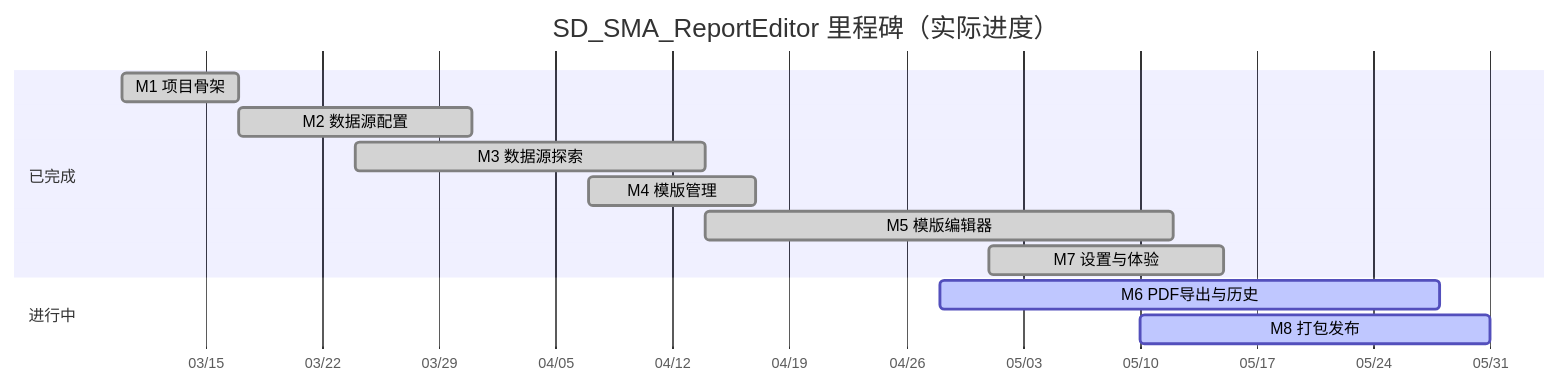
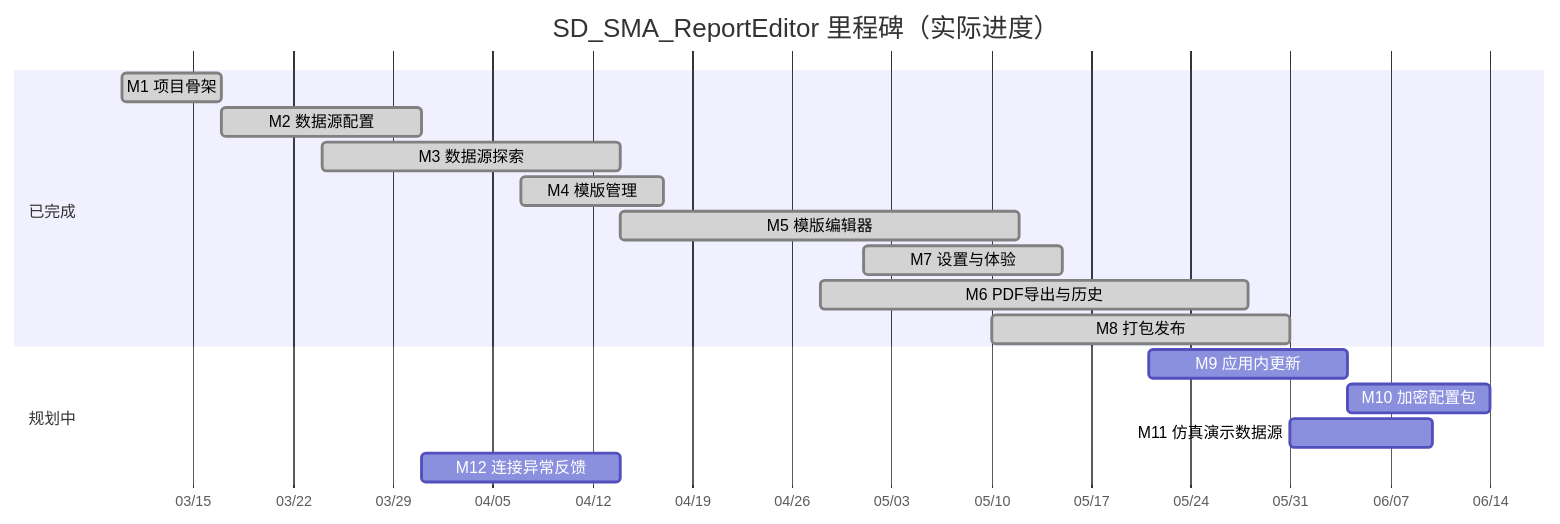
One commit to cwjwudi/sma_data_collector changed the first of 2 diagrams in _Prj/SD_SMA_ReportEditor/_Doc/002_里程碑与工单.md. Above: the diagram before and after it, drawn with Mermaid. The commit also changed other lines of this file and 4 other files, not shown here.

````diff
--- a/_Prj/SD_SMA_ReportEditor/_Doc/002_里程碑与工单.md
+++ b/_Prj/SD_SMA_ReportEditor/_Doc/002_里程碑与工单.md
@@ -28,18 +32,24 @@
 ```mermaid
 gantt
     title SD_SMA_ReportEditor 里程碑（实际进度）
     dateFormat YYYY-MM-DD
     axisFormat %m/%d
 
     section 已完成
     M1 项目骨架           :done, m1, 2026-03-10, 7d
     M2 数据源配置         :done, m2, 2026-03-17, 14d
     M3 数据源探索         :done, m3, 2026-03-24, 21d
     M4 模版管理           :done, m4, 2026-04-07, 10d
     M5 模版编辑器         :done, m5, 2026-04-14, 28d
     M7 设置与体验         :done, m7, 2026-05-01, 14d
 
-    section 进行中
-    M6 PDF导出与历史      :active, m6, 2026-04-28, 30d
-    M8 打包发布           :active, m8, 2026-05-10, 21d
+    section 已完成
+    M6 PDF导出与历史      :done, m6, 2026-04-28, 30d
+    M8 打包发布           :done, m8, 2026-05-10, 21d
+
+    section 规划中
+    M9 应用内更新         :m9, 2026-05-21, 14d
+    M10 加密配置包        :m10, after m9, 10d
+    M11 仿真演示数据源    :m11, after m8, 10d
+    M12 连接异常反馈      :m12, after m2, 14d
 ```
````
